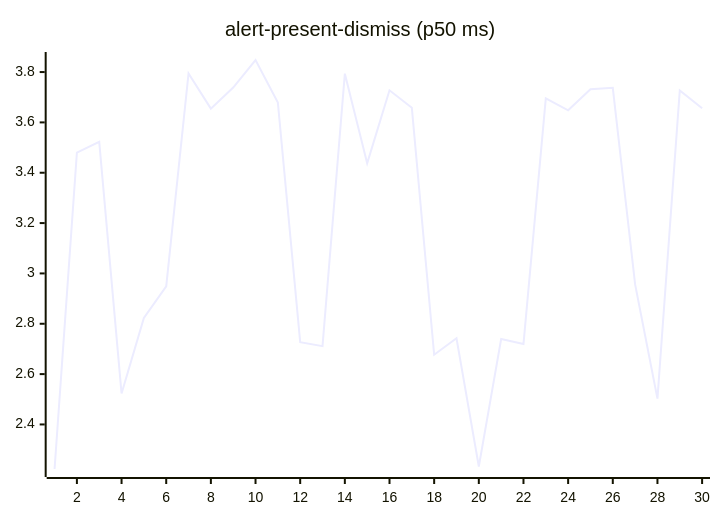
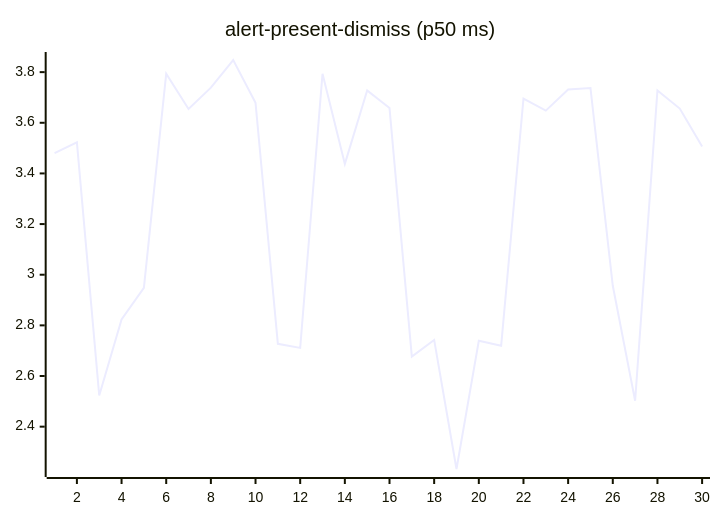
The second of 27 diagrams in README.md (josha/Facet), drawn with Mermaid before and after one commit. The commit also changed other lines of this file and 2 other files, not shown here.

````diff
--- a/README.md
+++ b/README.md
@@ -70,6 +70,6 @@
 ```mermaid
 xychart-beta
     title "alert-present-dismiss (p50 ms)"
     x-axis 1 --> 30
-    line [2.2230, 3.4803, 3.5227, 2.5229, 2.8233, 2.9484, 3.7942, 3.6546, 3.7386, 3.8479, 3.6788, 2.7270, 2.7111, 3.7936, 3.4376, 3.7274, 3.6582, 2.6769, 2.7425, 2.2328, 2.7393, 2.7195, 3.6955, 3.6480, 3.7318, 3.7373, 2.9562, 2.5024, 3.7273, 3.6562]
+    line [3.4803, 3.5227, 2.5229, 2.8233, 2.9484, 3.7942, 3.6546, 3.7386, 3.8479, 3.6788, 2.7270, 2.7111, 3.7936, 3.4376, 3.7274, 3.6582, 2.6769, 2.7425, 2.2328, 2.7393, 2.7195, 3.6955, 3.6480, 3.7318, 3.7373, 2.9562, 2.5024, 3.7273, 3.6562, 3.5064]
 ```
````
